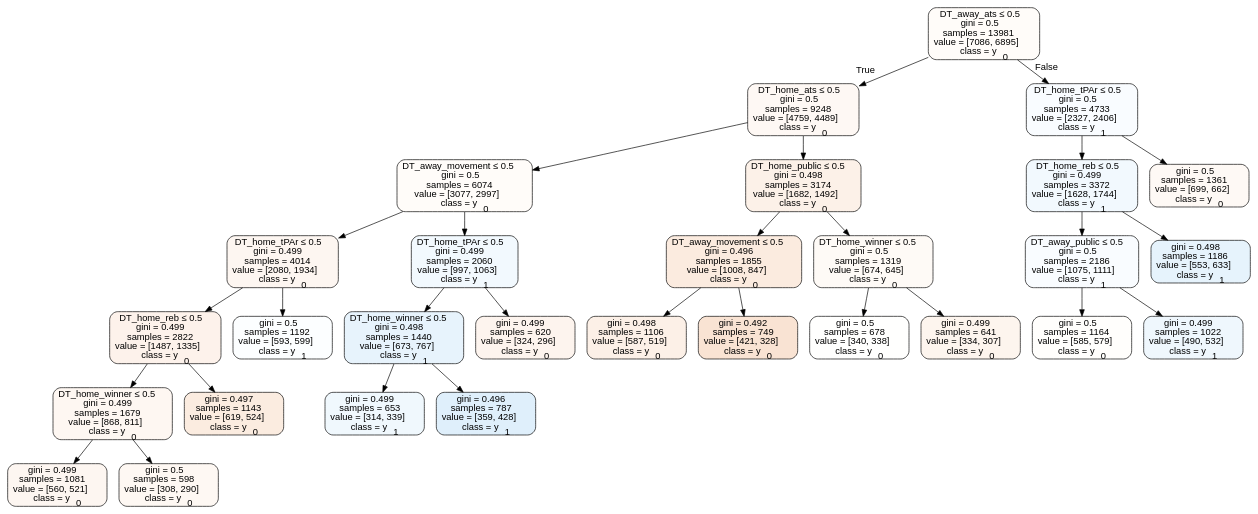
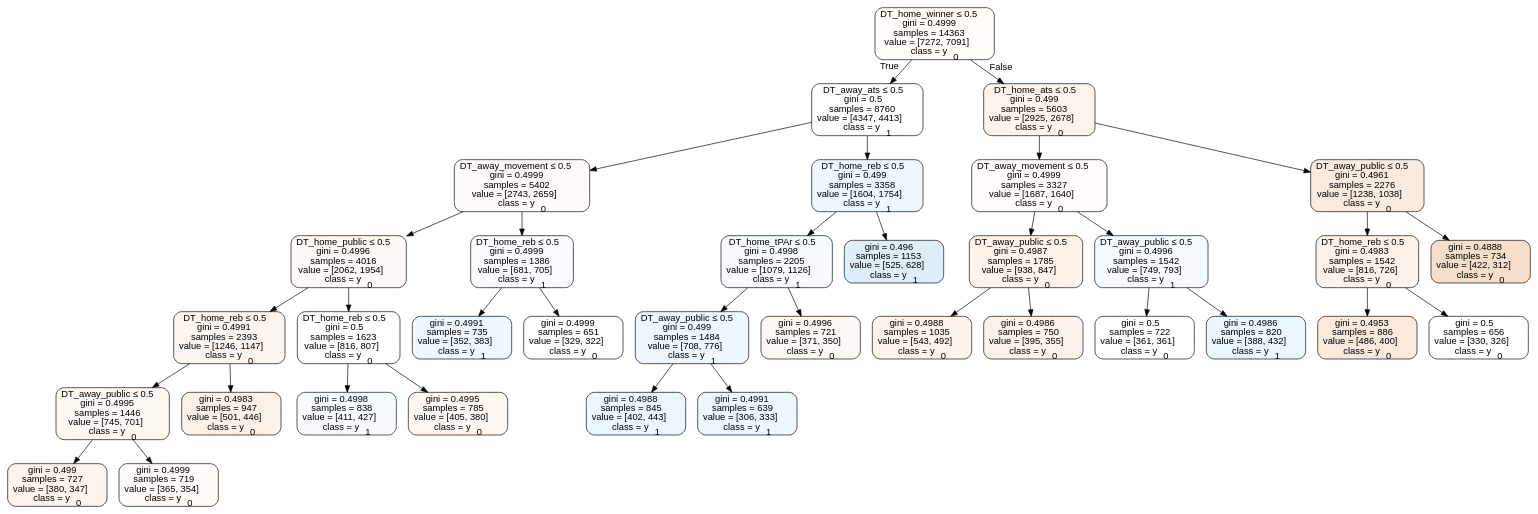
One commit to usbogie/ncaa-bets changed the diagram in Basketball/data/trees/tree2015home.dot. Above: the diagram before and after it, drawn with Graphviz. The commit also changed 47 other files, not shown here.

```diff
--- a/Basketball/data/trees/tree2015home.dot
+++ b/Basketball/data/trees/tree2015home.dot
@@ -1,61 +1,73 @@
 digraph Tree {
 node [shape=box, style="filled, rounded", color="black", fontname=helvetica] ;
 edge [fontname=helvetica] ;
-0 [label=<DT_away_ats &le; 0.5<br/>gini = 0.5<br/>samples = 13981<br/>value = [7086, 6895]<br/>class = y<SUB>0</SUB>>, fillcolor="#e5813907"] ;
-1 [label=<DT_home_ats &le; 0.5<br/>gini = 0.5<br/>samples = 9248<br/>value = [4759, 4489]<br/>class = y<SUB>0</SUB>>, fillcolor="#e581390e"] ;
+0 [label=<DT_home_winner &le; 0.5<br/>gini = 0.4999<br/>samples = 14363<br/>value = [7272, 7091]<br/>class = y<SUB>0</SUB>>, fillcolor="#e5813906"] ;
+1 [label=<DT_away_ats &le; 0.5<br/>gini = 0.5<br/>samples = 8760<br/>value = [4347, 4413]<br/>class = y<SUB>1</SUB>>, fillcolor="#399de504"] ;
 0 -> 1 [labeldistance=2.5, labelangle=45, headlabel="True"] ;
-2 [label=<DT_away_movement &le; 0.5<br/>gini = 0.5<br/>samples = 6074<br/>value = [3077, 2997]<br/>class = y<SUB>0</SUB>>, fillcolor="#e5813907"] ;
+2 [label=<DT_away_movement &le; 0.5<br/>gini = 0.4999<br/>samples = 5402<br/>value = [2743, 2659]<br/>class = y<SUB>0</SUB>>, fillcolor="#e5813908"] ;
 1 -> 2 ;
-3 [label=<DT_home_tPAr &le; 0.5<br/>gini = 0.499<br/>samples = 4014<br/>value = [2080, 1934]<br/>class = y<SUB>0</SUB>>, fillcolor="#e5813912"] ;
+3 [label=<DT_home_public &le; 0.5<br/>gini = 0.4996<br/>samples = 4016<br/>value = [2062, 1954]<br/>class = y<SUB>0</SUB>>, fillcolor="#e581390d"] ;
 2 -> 3 ;
-4 [label=<DT_home_reb &le; 0.5<br/>gini = 0.499<br/>samples = 2822<br/>value = [1487, 1335]<br/>class = y<SUB>0</SUB>>, fillcolor="#e581391a"] ;
+4 [label=<DT_home_reb &le; 0.5<br/>gini = 0.4991<br/>samples = 2393<br/>value = [1246, 1147]<br/>class = y<SUB>0</SUB>>, fillcolor="#e5813914"] ;
 3 -> 4 ;
-5 [label=<DT_home_winner &le; 0.5<br/>gini = 0.499<br/>samples = 1679<br/>value = [868, 811]<br/>class = y<SUB>0</SUB>>, fillcolor="#e5813911"] ;
+5 [label=<DT_away_public &le; 0.5<br/>gini = 0.4995<br/>samples = 1446<br/>value = [745, 701]<br/>class = y<SUB>0</SUB>>, fillcolor="#e581390f"] ;
 4 -> 5 ;
-6 [label=<gini = 0.499<br/>samples = 1081<br/>value = [560, 521]<br/>class = y<SUB>0</SUB>>, fillcolor="#e5813912"] ;
+6 [label=<gini = 0.499<br/>samples = 727<br/>value = [380, 347]<br/>class = y<SUB>0</SUB>>, fillcolor="#e5813916"] ;
 5 -> 6 ;
-7 [label=<gini = 0.5<br/>samples = 598<br/>value = [308, 290]<br/>class = y<SUB>0</SUB>>, fillcolor="#e581390f"] ;
+7 [label=<gini = 0.4999<br/>samples = 719<br/>value = [365, 354]<br/>class = y<SUB>0</SUB>>, fillcolor="#e5813908"] ;
 5 -> 7 ;
-8 [label=<gini = 0.497<br/>samples = 1143<br/>value = [619, 524]<br/>class = y<SUB>0</SUB>>, fillcolor="#e5813927"] ;
+8 [label=<gini = 0.4983<br/>samples = 947<br/>value = [501, 446]<br/>class = y<SUB>0</SUB>>, fillcolor="#e581391c"] ;
 4 -> 8 ;
-9 [label=<gini = 0.5<br/>samples = 1192<br/>value = [593, 599]<br/>class = y<SUB>1</SUB>>, fillcolor="#399de503"] ;
+9 [label=<DT_home_reb &le; 0.5<br/>gini = 0.5<br/>samples = 1623<br/>value = [816, 807]<br/>class = y<SUB>0</SUB>>, fillcolor="#e5813903"] ;
 3 -> 9 ;
-10 [label=<DT_home_tPAr &le; 0.5<br/>gini = 0.499<br/>samples = 2060<br/>value = [997, 1063]<br/>class = y<SUB>1</SUB>>, fillcolor="#399de510"] ;
-2 -> 10 ;
-11 [label=<DT_home_winner &le; 0.5<br/>gini = 0.498<br/>samples = 1440<br/>value = [673, 767]<br/>class = y<SUB>1</SUB>>, fillcolor="#399de51f"] ;
-10 -> 11 ;
-12 [label=<gini = 0.499<br/>samples = 653<br/>value = [314, 339]<br/>class = y<SUB>1</SUB>>, fillcolor="#399de513"] ;
-11 -> 12 ;
-13 [label=<gini = 0.496<br/>samples = 787<br/>value = [359, 428]<br/>class = y<SUB>1</SUB>>, fillcolor="#399de529"] ;
-11 -> 13 ;
-14 [label=<gini = 0.499<br/>samples = 620<br/>value = [324, 296]<br/>class = y<SUB>0</SUB>>, fillcolor="#e5813916"] ;
-10 -> 14 ;
-15 [label=<DT_home_public &le; 0.5<br/>gini = 0.498<br/>samples = 3174<br/>value = [1682, 1492]<br/>class = y<SUB>0</SUB>>, fillcolor="#e581391d"] ;
+10 [label=<gini = 0.4998<br/>samples = 838<br/>value = [411, 427]<br/>class = y<SUB>1</SUB>>, fillcolor="#399de50a"] ;
+9 -> 10 ;
+11 [label=<gini = 0.4995<br/>samples = 785<br/>value = [405, 380]<br/>class = y<SUB>0</SUB>>, fillcolor="#e5813910"] ;
+9 -> 11 ;
+12 [label=<DT_home_reb &le; 0.5<br/>gini = 0.4999<br/>samples = 1386<br/>value = [681, 705]<br/>class = y<SUB>1</SUB>>, fillcolor="#399de509"] ;
+2 -> 12 ;
+13 [label=<gini = 0.4991<br/>samples = 735<br/>value = [352, 383]<br/>class = y<SUB>1</SUB>>, fillcolor="#399de515"] ;
+12 -> 13 ;
+14 [label=<gini = 0.4999<br/>samples = 651<br/>value = [329, 322]<br/>class = y<SUB>0</SUB>>, fillcolor="#e5813905"] ;
+12 -> 14 ;
+15 [label=<DT_home_reb &le; 0.5<br/>gini = 0.499<br/>samples = 3358<br/>value = [1604, 1754]<br/>class = y<SUB>1</SUB>>, fillcolor="#399de516"] ;
 1 -> 15 ;
-16 [label=<DT_away_movement &le; 0.5<br/>gini = 0.496<br/>samples = 1855<br/>value = [1008, 847]<br/>class = y<SUB>0</SUB>>, fillcolor="#e5813929"] ;
+16 [label=<DT_home_tPAr &le; 0.5<br/>gini = 0.4998<br/>samples = 2205<br/>value = [1079, 1126]<br/>class = y<SUB>1</SUB>>, fillcolor="#399de50b"] ;
 15 -> 16 ;
-17 [label=<gini = 0.498<br/>samples = 1106<br/>value = [587, 519]<br/>class = y<SUB>0</SUB>>, fillcolor="#e581391e"] ;
+17 [label=<DT_away_public &le; 0.5<br/>gini = 0.499<br/>samples = 1484<br/>value = [708, 776]<br/>class = y<SUB>1</SUB>>, fillcolor="#399de516"] ;
 16 -> 17 ;
-18 [label=<gini = 0.492<br/>samples = 749<br/>value = [421, 328]<br/>class = y<SUB>0</SUB>>, fillcolor="#e5813938"] ;
-16 -> 18 ;
-19 [label=<DT_home_winner &le; 0.5<br/>gini = 0.5<br/>samples = 1319<br/>value = [674, 645]<br/>class = y<SUB>0</SUB>>, fillcolor="#e581390b"] ;
-15 -> 19 ;
-20 [label=<gini = 0.5<br/>samples = 678<br/>value = [340, 338]<br/>class = y<SUB>0</SUB>>, fillcolor="#e5813901"] ;
-19 -> 20 ;
-21 [label=<gini = 0.499<br/>samples = 641<br/>value = [334, 307]<br/>class = y<SUB>0</SUB>>, fillcolor="#e5813915"] ;
-19 -> 21 ;
-22 [label=<DT_home_tPAr &le; 0.5<br/>gini = 0.5<br/>samples = 4733<br/>value = [2327, 2406]<br/>class = y<SUB>1</SUB>>, fillcolor="#399de508"] ;
+18 [label=<gini = 0.4988<br/>samples = 845<br/>value = [402, 443]<br/>class = y<SUB>1</SUB>>, fillcolor="#399de518"] ;
+17 -> 18 ;
+19 [label=<gini = 0.4991<br/>samples = 639<br/>value = [306, 333]<br/>class = y<SUB>1</SUB>>, fillcolor="#399de515"] ;
+17 -> 19 ;
+20 [label=<gini = 0.4996<br/>samples = 721<br/>value = [371, 350]<br/>class = y<SUB>0</SUB>>, fillcolor="#e581390e"] ;
+16 -> 20 ;
+21 [label=<gini = 0.496<br/>samples = 1153<br/>value = [525, 628]<br/>class = y<SUB>1</SUB>>, fillcolor="#399de52a"] ;
+15 -> 21 ;
+22 [label=<DT_home_ats &le; 0.5<br/>gini = 0.499<br/>samples = 5603<br/>value = [2925, 2678]<br/>class = y<SUB>0</SUB>>, fillcolor="#e5813916"] ;
 0 -> 22 [labeldistance=2.5, labelangle=-45, headlabel="False"] ;
-23 [label=<DT_home_reb &le; 0.5<br/>gini = 0.499<br/>samples = 3372<br/>value = [1628, 1744]<br/>class = y<SUB>1</SUB>>, fillcolor="#399de511"] ;
+23 [label=<DT_away_movement &le; 0.5<br/>gini = 0.4999<br/>samples = 3327<br/>value = [1687, 1640]<br/>class = y<SUB>0</SUB>>, fillcolor="#e5813907"] ;
 22 -> 23 ;
-24 [label=<DT_away_public &le; 0.5<br/>gini = 0.5<br/>samples = 2186<br/>value = [1075, 1111]<br/>class = y<SUB>1</SUB>>, fillcolor="#399de508"] ;
+24 [label=<DT_away_public &le; 0.5<br/>gini = 0.4987<br/>samples = 1785<br/>value = [938, 847]<br/>class = y<SUB>0</SUB>>, fillcolor="#e5813919"] ;
 23 -> 24 ;
-25 [label=<gini = 0.5<br/>samples = 1164<br/>value = [585, 579]<br/>class = y<SUB>0</SUB>>, fillcolor="#e5813903"] ;
+25 [label=<gini = 0.4988<br/>samples = 1035<br/>value = [543, 492]<br/>class = y<SUB>0</SUB>>, fillcolor="#e5813918"] ;
 24 -> 25 ;
-26 [label=<gini = 0.499<br/>samples = 1022<br/>value = [490, 532]<br/>class = y<SUB>1</SUB>>, fillcolor="#399de514"] ;
+26 [label=<gini = 0.4986<br/>samples = 750<br/>value = [395, 355]<br/>class = y<SUB>0</SUB>>, fillcolor="#e581391a"] ;
 24 -> 26 ;
-27 [label=<gini = 0.498<br/>samples = 1186<br/>value = [553, 633]<br/>class = y<SUB>1</SUB>>, fillcolor="#399de520"] ;
+27 [label=<DT_away_public &le; 0.5<br/>gini = 0.4996<br/>samples = 1542<br/>value = [749, 793]<br/>class = y<SUB>1</SUB>>, fillcolor="#399de50e"] ;
 23 -> 27 ;
-28 [label=<gini = 0.5<br/>samples = 1361<br/>value = [699, 662]<br/>class = y<SUB>0</SUB>>, fillcolor="#e581390d"] ;
-22 -> 28 ;
+28 [label=<gini = 0.5<br/>samples = 722<br/>value = [361, 361]<br/>class = y<SUB>0</SUB>>, fillcolor="#e5813900"] ;
+27 -> 28 ;
+29 [label=<gini = 0.4986<br/>samples = 820<br/>value = [388, 432]<br/>class = y<SUB>1</SUB>>, fillcolor="#399de51a"] ;
+27 -> 29 ;
+30 [label=<DT_away_public &le; 0.5<br/>gini = 0.4961<br/>samples = 2276<br/>value = [1238, 1038]<br/>class = y<SUB>0</SUB>>, fillcolor="#e5813929"] ;
+22 -> 30 ;
+31 [label=<DT_home_reb &le; 0.5<br/>gini = 0.4983<br/>samples = 1542<br/>value = [816, 726]<br/>class = y<SUB>0</SUB>>, fillcolor="#e581391c"] ;
+30 -> 31 ;
+32 [label=<gini = 0.4953<br/>samples = 886<br/>value = [486, 400]<br/>class = y<SUB>0</SUB>>, fillcolor="#e581392d"] ;
+31 -> 32 ;
+33 [label=<gini = 0.5<br/>samples = 656<br/>value = [330, 326]<br/>class = y<SUB>0</SUB>>, fillcolor="#e5813903"] ;
+31 -> 33 ;
+34 [label=<gini = 0.4888<br/>samples = 734<br/>value = [422, 312]<br/>class = y<SUB>0</SUB>>, fillcolor="#e5813942"] ;
+30 -> 34 ;
 }
```
